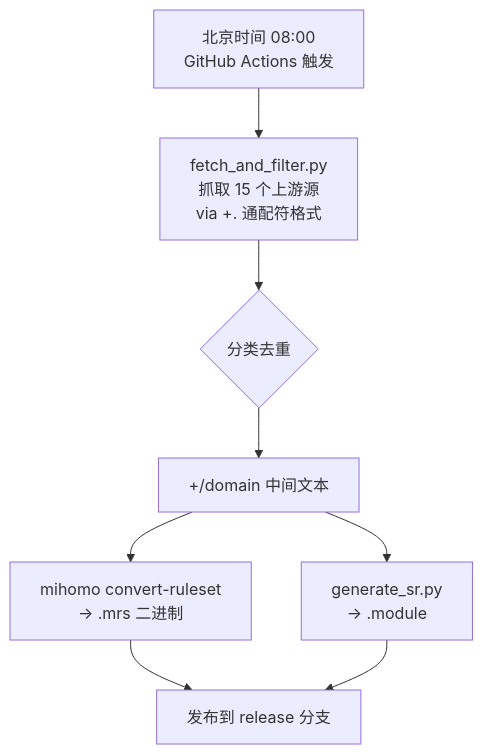
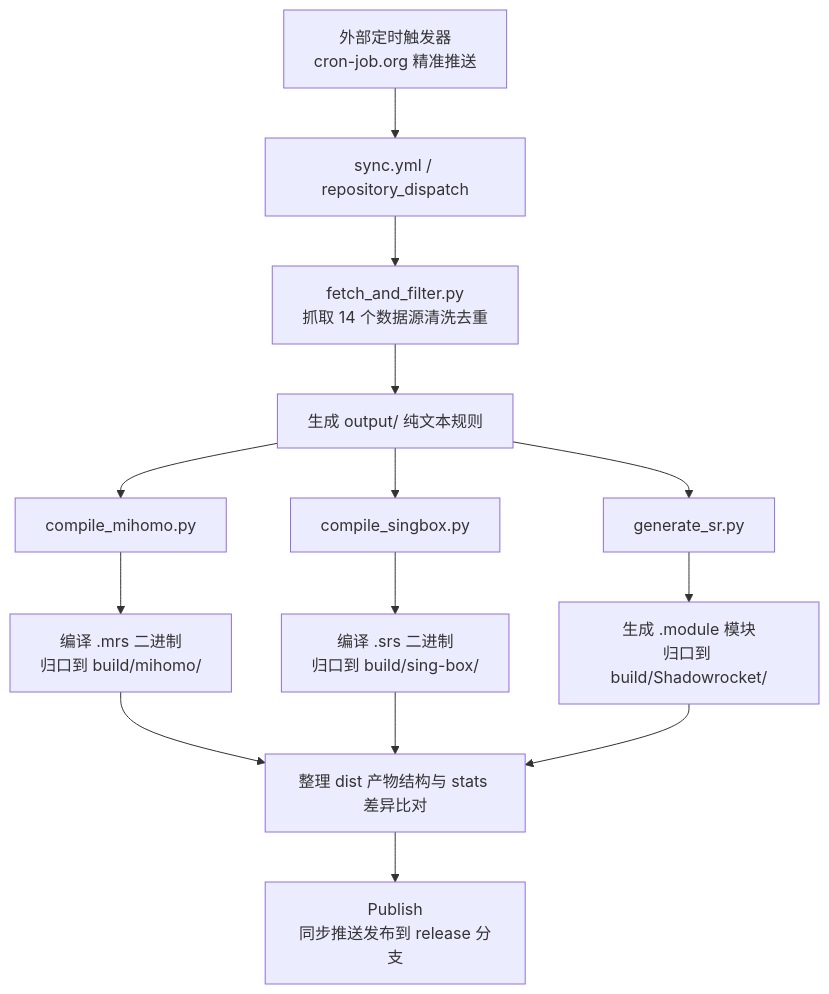
Before and after one commit to EastonSun/ProxyRules: the diagram in README.md, drawn with Mermaid. The commit also changed other lines of this file and 9 other files, not shown here.

Commit message:
feat: 升级分流系统支持 Sing-box 并新增 no_cn_domain

````diff
--- a/README.md
+++ b/README.md
@@ -140,10 +258,17 @@
 ```mermaid
 graph TD
-    A[北京时间 08:00<br/>GitHub Actions 触发] --> B[fetch_and_filter.py<br/>抓取 15 个上游源<br/>via +. 通配符格式]
-    B --> C{分类去重}
-    C --> D[+/domain 中间文本]
-    D --> I[mihomo convert-ruleset<br/>→ .mrs 二进制]
-    D --> J[generate_sr.py<br/>→ .module]
-    I --> K[发布到 release 分支]
-    J --> K
+    A[外部定时触发器<br/>cron-job.org 精准推送] --> B[sync.yml / repository_dispatch]
+    B --> C[fetch_and_filter.py<br/>抓取 14 个数据源清洗去重]
+    C --> D[生成 output/ 纯文本规则]
+    
+    D --> E[compile_mihomo.py]
+    D --> F[compile_singbox.py]
+    D --> G[generate_sr.py]
+    
+    E --> H[编译 .mrs 二进制<br/>归口到 build/mihomo/]
+    F --> I[编译 .srs 二进制<br/>归口到 build/sing-box/]
+    G --> J[生成 .module 模块<br/>归口到 build/Shadowrocket/]
+    
+    H & I & J --> K[整理 dist 产物结构与 stats 差异比对]
+    K --> L[Publish<br/>同步推送发布到 release 分支]
 ```
````
